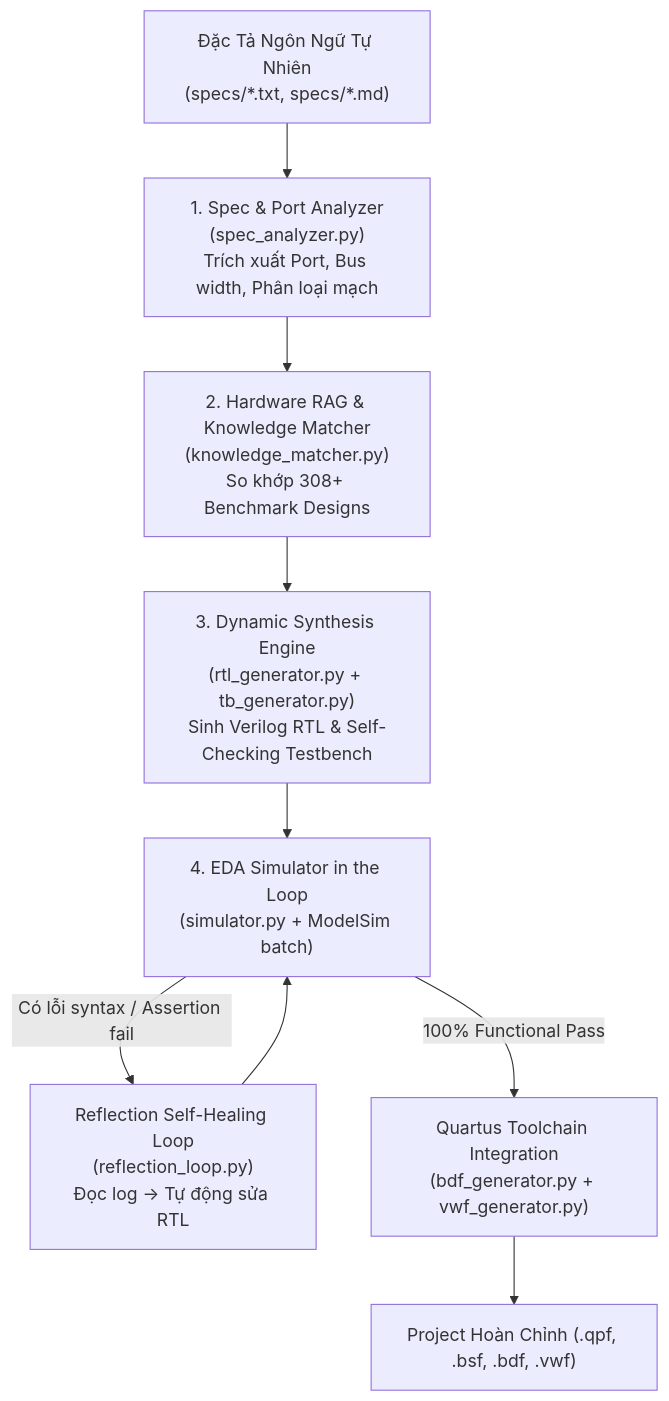
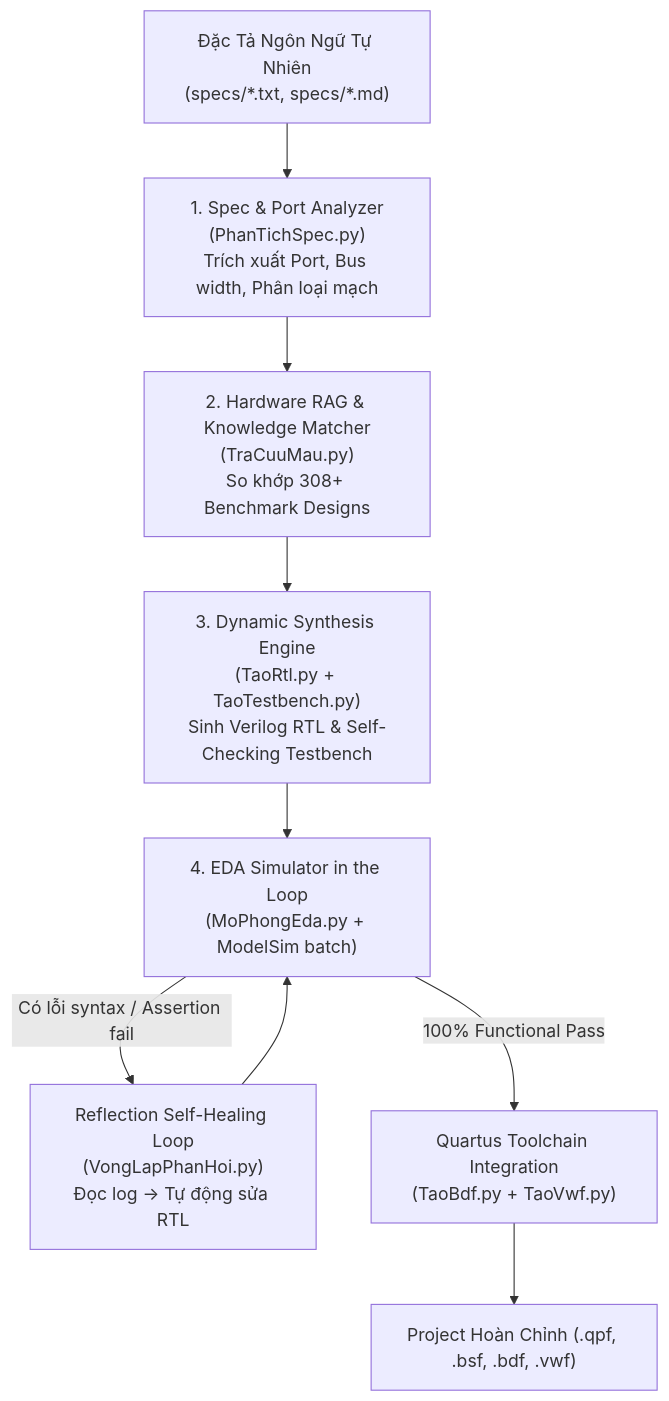
Before and after one commit to LamGianggg/TKLLS: the diagram in README.md, drawn with Mermaid. The commit also changed other lines of this file and 20 other files, not shown here.

````diff
--- a/README.md
+++ b/README.md
@@ -31,11 +31,11 @@
 ```mermaid
 flowchart TD
-    A["Đặc Tả Ngôn Ngữ Tự Nhiên\n(specs/*.txt, specs/*.md)"] --> B["1. Spec & Port Analyzer\n(spec_analyzer.py)\nTrích xuất Port, Bus width, Phân loại mạch"]
-    B --> C["2. Hardware RAG & Knowledge Matcher\n(knowledge_matcher.py)\nSo khớp 308+ Benchmark Designs"]
-    C --> D["3. Dynamic Synthesis Engine\n(rtl_generator.py + tb_generator.py)\nSinh Verilog RTL & Self-Checking Testbench"]
-    D --> E["4. EDA Simulator in the Loop\n(simulator.py + ModelSim batch)"]
-    E -->|Có lỗi syntax / Assertion fail| F["Reflection Self-Healing Loop\n(reflection_loop.py)\nĐọc log -> Tự động sửa RTL"]
+    A["Đặc Tả Ngôn Ngữ Tự Nhiên\n(specs/*.txt, specs/*.md)"] --> B["1. Spec & Port Analyzer\n(PhanTichSpec.py)\nTrích xuất Port, Bus width, Phân loại mạch"]
+    B --> C["2. Hardware RAG & Knowledge Matcher\n(TraCuuMau.py)\nSo khớp 308+ Benchmark Designs"]
+    C --> D["3. Dynamic Synthesis Engine\n(TaoRtl.py + TaoTestbench.py)\nSinh Verilog RTL & Self-Checking Testbench"]
+    D --> E["4. EDA Simulator in the Loop\n(MoPhongEda.py + ModelSim batch)"]
+    E -->|Có lỗi syntax / Assertion fail| F["Reflection Self-Healing Loop\n(VongLapPhanHoi.py)\nĐọc log -> Tự động sửa RTL"]
     F --> E
-    E -->|100% Functional Pass| G["Quartus Toolchain Integration\n(bdf_generator.py + vwf_generator.py)"]
+    E -->|100% Functional Pass| G["Quartus Toolchain Integration\n(TaoBdf.py + TaoVwf.py)"]
     G --> H["Project Hoàn Chỉnh (.qpf, .bsf, .bdf, .vwf)"]
 ```
````
